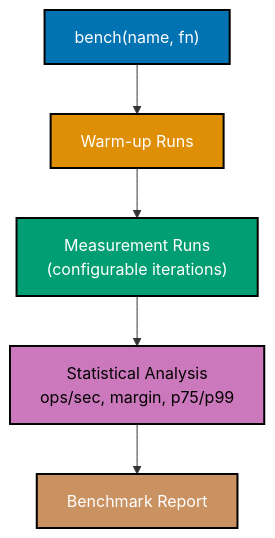
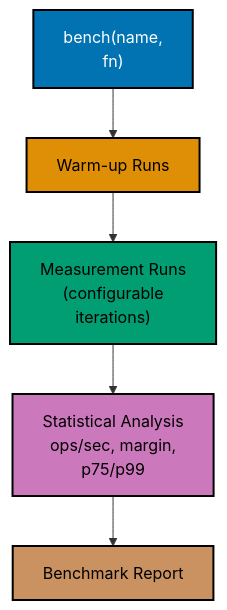
The first of 9 diagrams in apps/ayokoding-www/content/en/learn/legacy/software-engineering/automation-testing/tools/vitest/by-example/advanced.md (wahidyankf/ose-public), drawn with Mermaid before and after one commit. The commit also changed other lines of this file and 131 other files, not shown here.

First line of the commit message:
fix(mermaid): bring the legacy data, infrastructure, and testing diagrams onto the accessible palette

````diff
--- a/apps/ayokoding-www/content/en/learn/legacy/software-engineering/automation-testing/tools/vitest/by-example/advanced.md
+++ b/apps/ayokoding-www/content/en/learn/legacy/software-engineering/automation-testing/tools/vitest/by-example/advanced.md
@@ -18,14 +18,22 @@
 ```mermaid
 %% Color Palette: Blue #0173B2, Orange #DE8F05, Teal #029E73, Purple #CC78BC, Brown #CA9161
 graph TD
-    A["bench#40;name, fn#41;"] --> B["Warm-up Runs"]
-    B --> C["Measurement Runs<br/>#40;configurable iterations#41;"]
-    C --> D["Statistical Analysis<br/>ops/sec, margin, p75/p99"]
+    accTitle: Example 59: Basic Benchmarking with bench
+    accDescr: Graph with 5 nodes and 4 connections. Nodes: bench40name, fn41, Warm-up Runs, Measurement Runs 40configurable iterations41, Statistical Analysis ops/sec, margin, p75/p99, Benchmark Report. Connections: bench40name, fn41 to Warm-up Runs, Warm-up Runs to Measurement Runs 40configurable iterations41, Measurement Runs 40configurable iterations41 to Statistical Analysis ops/sec, margin, p75/p99, Statistical Analysis ops/sec, margin, p75/p99 to Benchmark Report.
+    A["bench#40;name,<br/>fn#41;"] --> B["Warm-up Runs"]
+    B --> C["Measurement Runs<br/>#40;configurable<br/>iterations#41;"]
+    C --> D["Statistical Analysis<br/>ops/sec, margin,<br/>p75/p99"]
     D --> E["Benchmark Report"]
 
-    style A fill:#0173B2,stroke:#000000,stroke-width:2px,color:#fff
-    style B fill:#DE8F05,stroke:#000000,stroke-width:2px,color:#fff
-    style C fill:#029E73,stroke:#000000,stroke-width:2px,color:#fff
-    style D fill:#CC78BC,stroke:#000000,stroke-width:2px,color:#000
-    style E fill:#CA9161,stroke:#000000,stroke-width:2px,color:#fff
+    classDef pal-0173B2 fill:#0173B2,stroke:#000000,color:#FFFFFF,stroke-width:2px
+    class A pal-0173B2
+    classDef pal-DE8F05 fill:#DE8F05,stroke:#000000,color:#000000,stroke-width:2px
+    class B pal-DE8F05
+    classDef pal-029E73 fill:#029E73,stroke:#000000,color:#000000,stroke-width:2px
+    class C pal-029E73
+    classDef pal-CC78BC fill:#CC78BC,stroke:#000000,color:#000000,stroke-width:2px
+    class D pal-CC78BC
+    classDef pal-CA9161 fill:#CA9161,stroke:#000000,color:#000000,stroke-width:2px
+    class E pal-CA9161
+    classDef default fill:#FFFFFF,stroke:#000000,color:#000000
 ```
````
